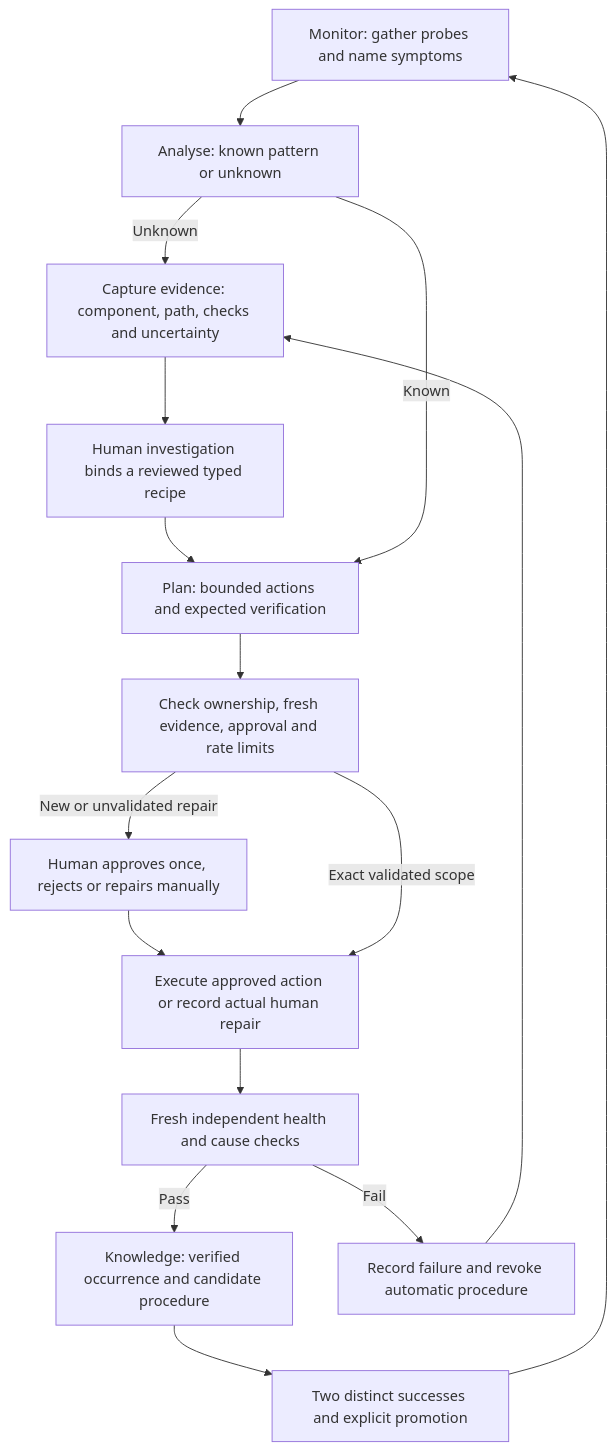
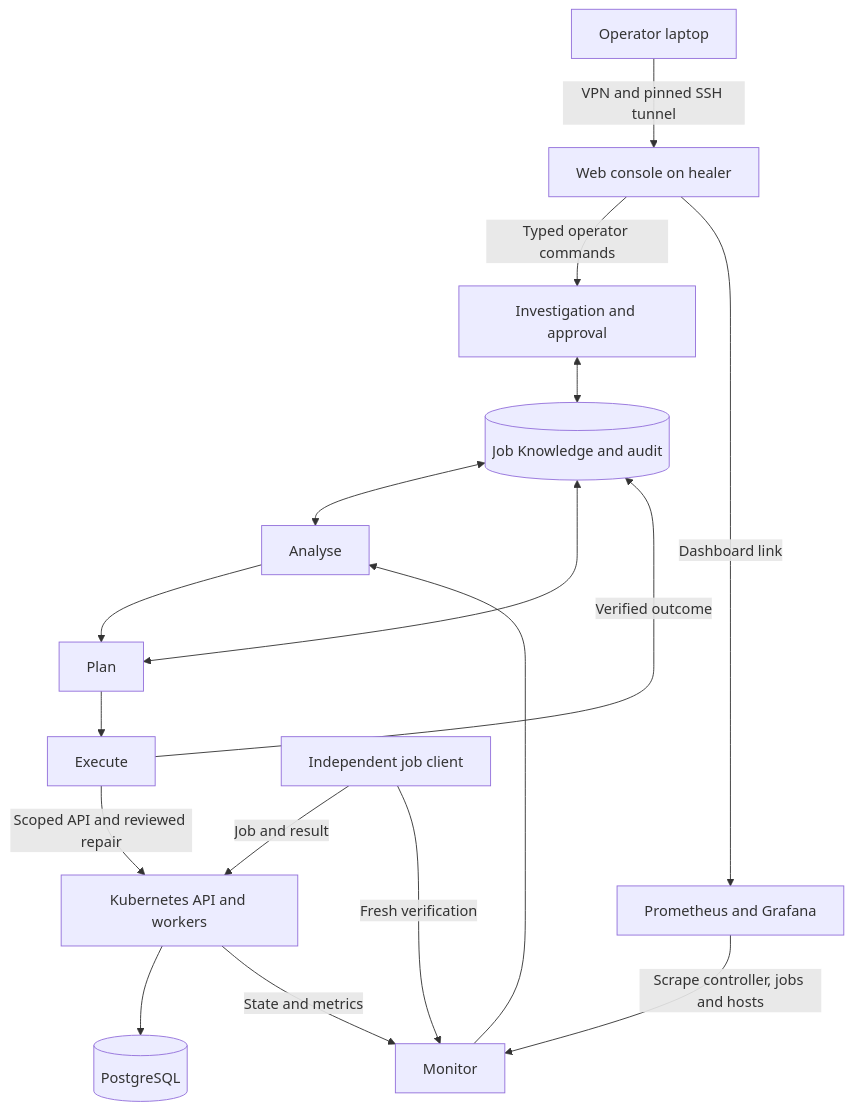
The diagram in docs/architecture.md (TusharShingrani/Self-healing-infrastructure), drawn with Mermaid before and after one commit. The commit also changed other lines of this file and 52 other files, not shown here.

First line of the commit message:
Focus on Kubernetes job recovery and add private operator console

````diff
--- a/docs/architecture.md
+++ b/docs/architecture.md
@@ -87,18 +20,17 @@
 ```mermaid
-flowchart TD
-  M[Monitor: gather probes and name symptoms] --> A[Analyse: known pattern or unknown]
-  A -->|Unknown| U[Capture evidence: component, path, checks and uncertainty]
-  U --> V[Human investigation binds a reviewed typed recipe]
-  V --> P[Plan: bounded actions and expected verification]
-  A -->|Known| P
-  P --> G[Check ownership, fresh evidence, approval and rate limits]
-  G -->|New or unvalidated repair| R[Human approves once, rejects or repairs manually]
-  R --> E[Execute approved action or record actual human repair]
-  G -->|Exact validated scope| E
-  E --> Q[Fresh independent health and cause checks]
-  Q -->|Pass| K[Knowledge: verified occurrence and candidate procedure]
-  K --> T[Two distinct successes and explicit promotion]
-  T --> M
-  Q -->|Fail| F[Record failure and revoke automatic procedure]
-  F --> U
+flowchart TB
+  User[Operator laptop] -->|VPN and pinned SSH tunnel| Console[Web console on healer]
+  Console -->|Typed operator commands| Operator[Investigation and approval]
+  Operator <--> K[(Job Knowledge and audit)]
+  M[Monitor] --> A[Analyse] --> P[Plan] --> E[Execute]
+  K <--> A
+  K <--> P
+  E -->|Scoped API and reviewed repair| Kube[Kubernetes API and workers]
+  Kube --> DB[(PostgreSQL)]
+  Observer[Independent job client] -->|Job and result| Kube
+  Observer -->|Fresh verification| M
+  Kube -->|State and metrics| M
+  E -->|Verified outcome| K
+  Prom[Prometheus and Grafana] -->|Scrape controller, jobs and hosts| M
+  Console -->|Dashboard link| Prom
 ```
````
